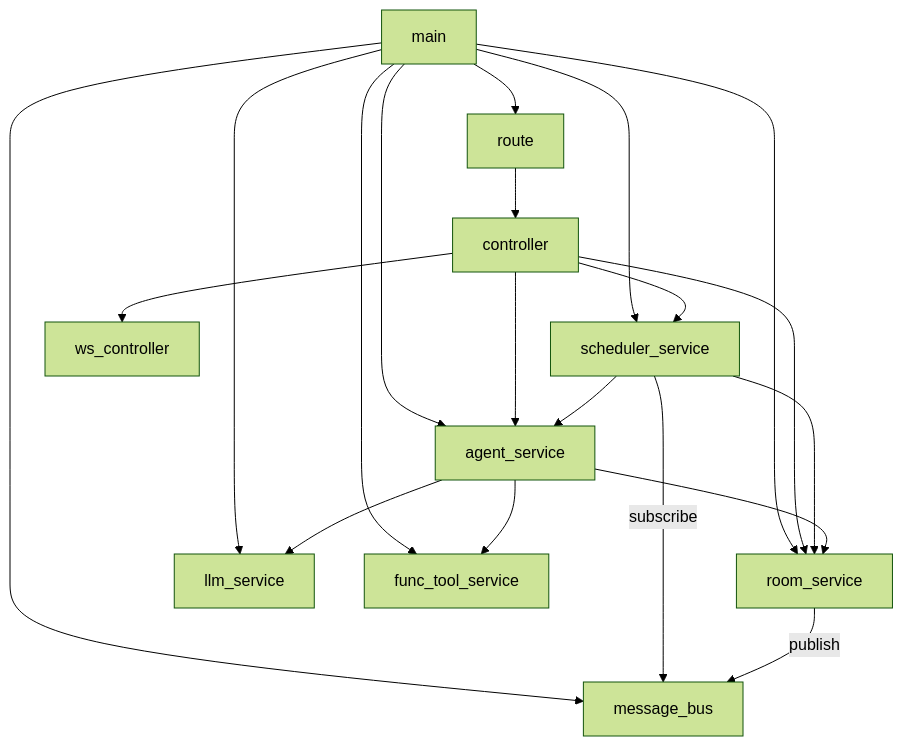
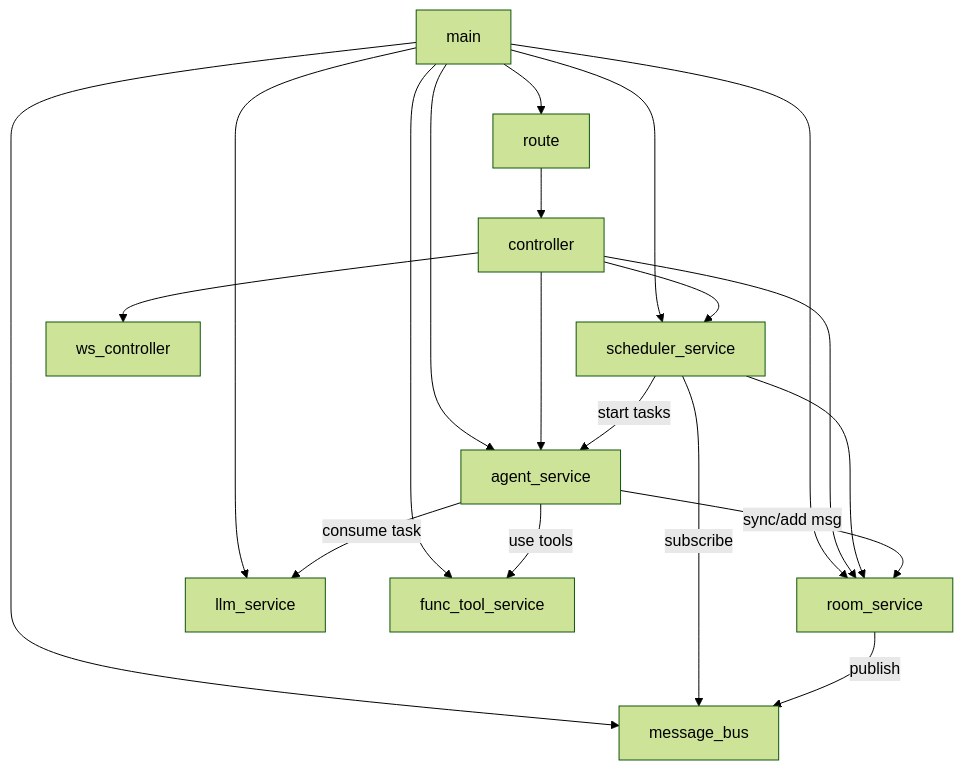
The diagram in docs/service_dependencies.md (alexazhou/TogoSpace), drawn with Mermaid (forest theme) before and after one commit. The commit also changed other lines of this file, not shown here.

````diff
--- a/docs/service_dependencies.md
+++ b/docs/service_dependencies.md
@@ -3,26 +3,26 @@
 ```mermaid
 graph TD
     main --> route
-    main --> scheduler_service
     main --> agent_service
     main --> room_service
+    main --> scheduler_service
     main --> llm_service
     main --> func_tool_service
     main --> message_bus
 
     route --> controller
     controller --> agent_service
     controller --> room_service
     controller --> scheduler_service
     controller --> ws_controller
 
-    scheduler_service --> agent_service
+    scheduler_service -->|start tasks| agent_service
     scheduler_service --> room_service
     scheduler_service -->|subscribe| message_bus
 
-    agent_service --> llm_service
-    agent_service --> room_service
-    agent_service --> func_tool_service
+    agent_service -->|consume task| llm_service
+    agent_service -->|sync/add msg| room_service
+    agent_service -->|use tools| func_tool_service
 
     room_service -->|publish| message_bus
 ```
````
